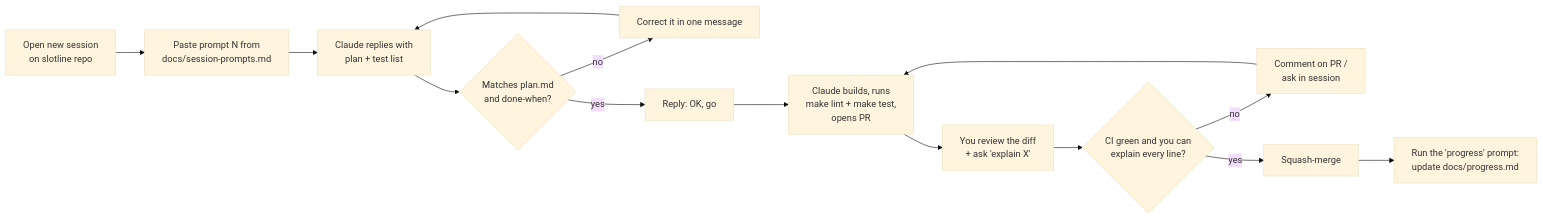
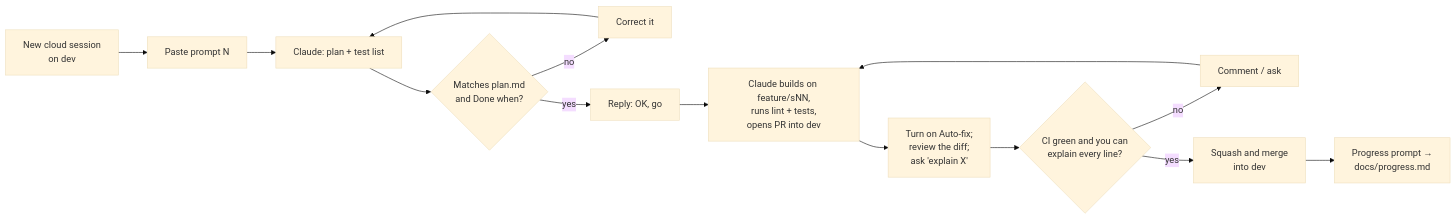
One commit to kartik8904/slotline changed the diagram in docs/START-HERE.md. Above: the diagram before and after it, drawn with Mermaid (base theme). The commit also changed other lines of this file and 21 other files, not shown here.

First line of the commit message:
chore: organise repo and add branch flow

````diff
--- a/docs/START-HERE.md
+++ b/docs/START-HERE.md
@@ -80,14 +58,14 @@
 ```mermaid
 flowchart LR
-  A[Open new session<br/>on slotline repo] --> B[Paste prompt N from<br/>docs/session-prompts.md]
-  B --> C[Claude replies with<br/>plan + test list]
-  C --> D{Matches plan.md<br/>and done-when?}
-  D -- no --> E[Correct it in one message] --> C
+  A[New cloud session<br/>on dev] --> B[Paste prompt N]
+  B --> C[Claude: plan + test list]
+  C --> D{Matches plan.md<br/>and Done when?}
+  D -- no --> E[Correct it] --> C
   D -- yes --> F[Reply: OK, go]
-  F --> G[Claude builds, runs<br/>make lint + make test,<br/>opens PR]
-  G --> H[You review the diff<br/>+ ask 'explain X']
+  F --> G[Claude builds on feature/sNN,<br/>runs lint + tests,<br/>opens PR into dev]
+  G --> H[Turn on Auto-fix;<br/>review the diff;<br/>ask 'explain X']
   H --> I{CI green and you can<br/>explain every line?}
-  I -- no --> J[Comment on PR /<br/>ask in session] --> G
-  I -- yes --> K[Squash-merge]
-  K --> L[Run the 'progress' prompt:<br/>update docs/progress.md]
+  I -- no --> J[Comment / ask] --> G
+  I -- yes --> K[Squash and merge<br/>into dev]
+  K --> L[Progress prompt →<br/>docs/progress.md]
 ```
````
